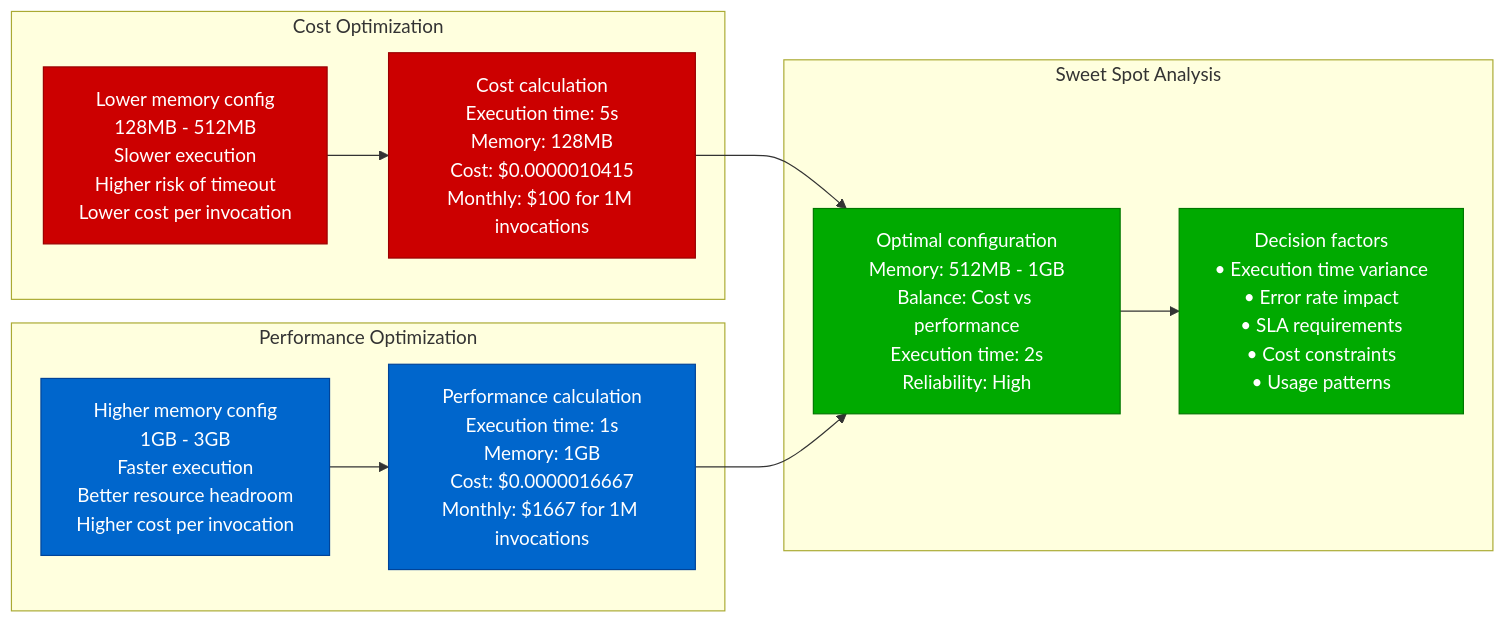
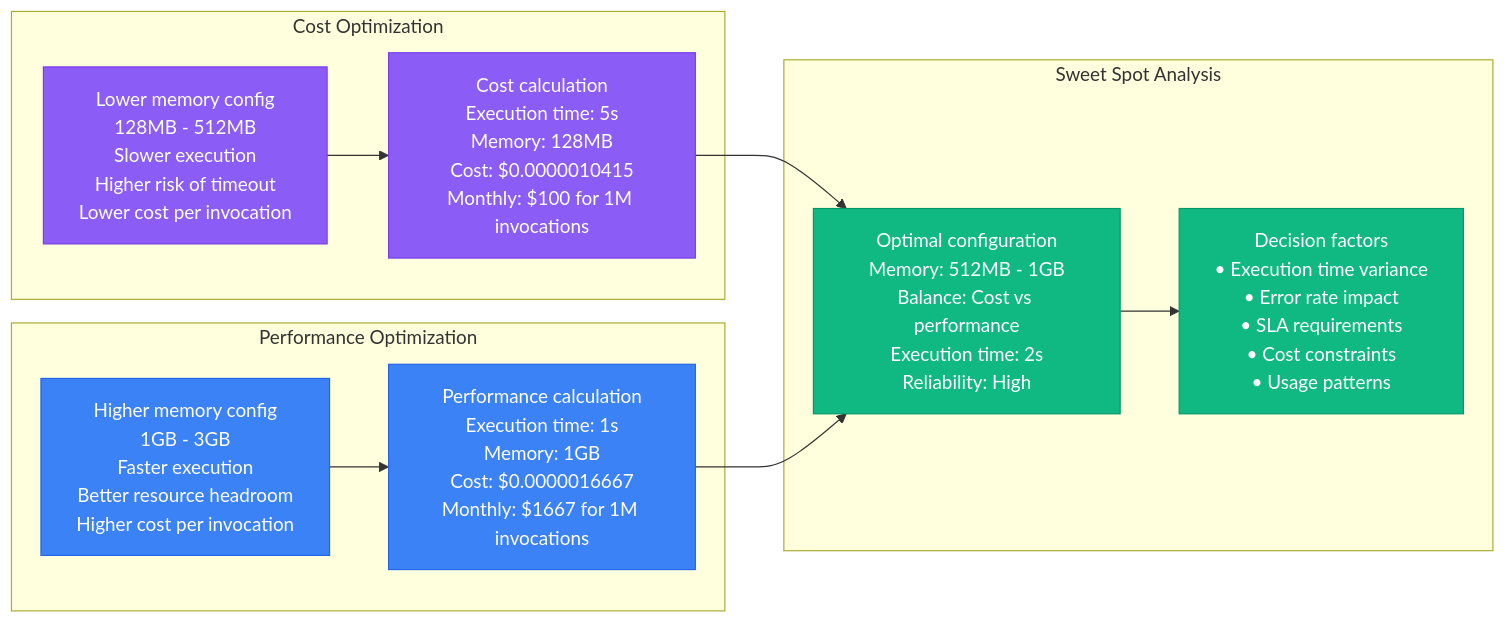
One commit to deepaucksharma/DS changed the sixth of 11 diagrams in site/docs/performance/serverless-performance-profile.md. Above: the diagram before and after it, drawn with Mermaid. The commit also changed other lines of this file and 303 other files, not shown here.

````diff
--- a/site/docs/performance/serverless-performance-profile.md
+++ b/site/docs/performance/serverless-performance-profile.md
@@ -226,36 +226,36 @@
 ```mermaid
 graph LR
     subgraph "Cost Optimization"
         COST1[Lower memory config<br/>128MB - 512MB<br/>Slower execution<br/>Higher risk of timeout<br/>Lower cost per invocation]
 
         COST2[Cost calculation<br/>Execution time: 5s<br/>Memory: 128MB<br/>Cost: $0.0000010415<br/>Monthly: $100 for 1M invocations]
 
         COST1 --> COST2
     end
 
     subgraph "Performance Optimization"
         PERF1[Higher memory config<br/>1GB - 3GB<br/>Faster execution<br/>Better resource headroom<br/>Higher cost per invocation]
 
         PERF2[Performance calculation<br/>Execution time: 1s<br/>Memory: 1GB<br/>Cost: $0.0000016667<br/>Monthly: $1667 for 1M invocations]
 
         PERF1 --> PERF2
     end
 
     subgraph "Sweet Spot Analysis"
         SWEET1[Optimal configuration<br/>Memory: 512MB - 1GB<br/>Balance: Cost vs performance<br/>Execution time: 2s<br/>Reliability: High]
 
         SWEET2[Decision factors<br/>• Execution time variance<br/>• Error rate impact<br/>• SLA requirements<br/>• Cost constraints<br/>• Usage patterns]
 
         COST2 --> SWEET1
         PERF2 --> SWEET1
         SWEET1 --> SWEET2
     end
 
-    classDef costStyle fill:#CC0000,stroke:#990000,color:#fff
-    classDef perfStyle fill:#0066CC,stroke:#004499,color:#fff
-    classDef sweetStyle fill:#00AA00,stroke:#007700,color:#fff
+    classDef costStyle fill:#8B5CF6,stroke:#7C3AED,color:#fff
+    classDef perfStyle fill:#3B82F6,stroke:#2563EB,color:#fff
+    classDef sweetStyle fill:#10B981,stroke:#059669,color:#fff
 
     class COST1,COST2 costStyle
     class PERF1,PERF2 perfStyle
     class SWEET1,SWEET2 sweetStyle
 ```
````
